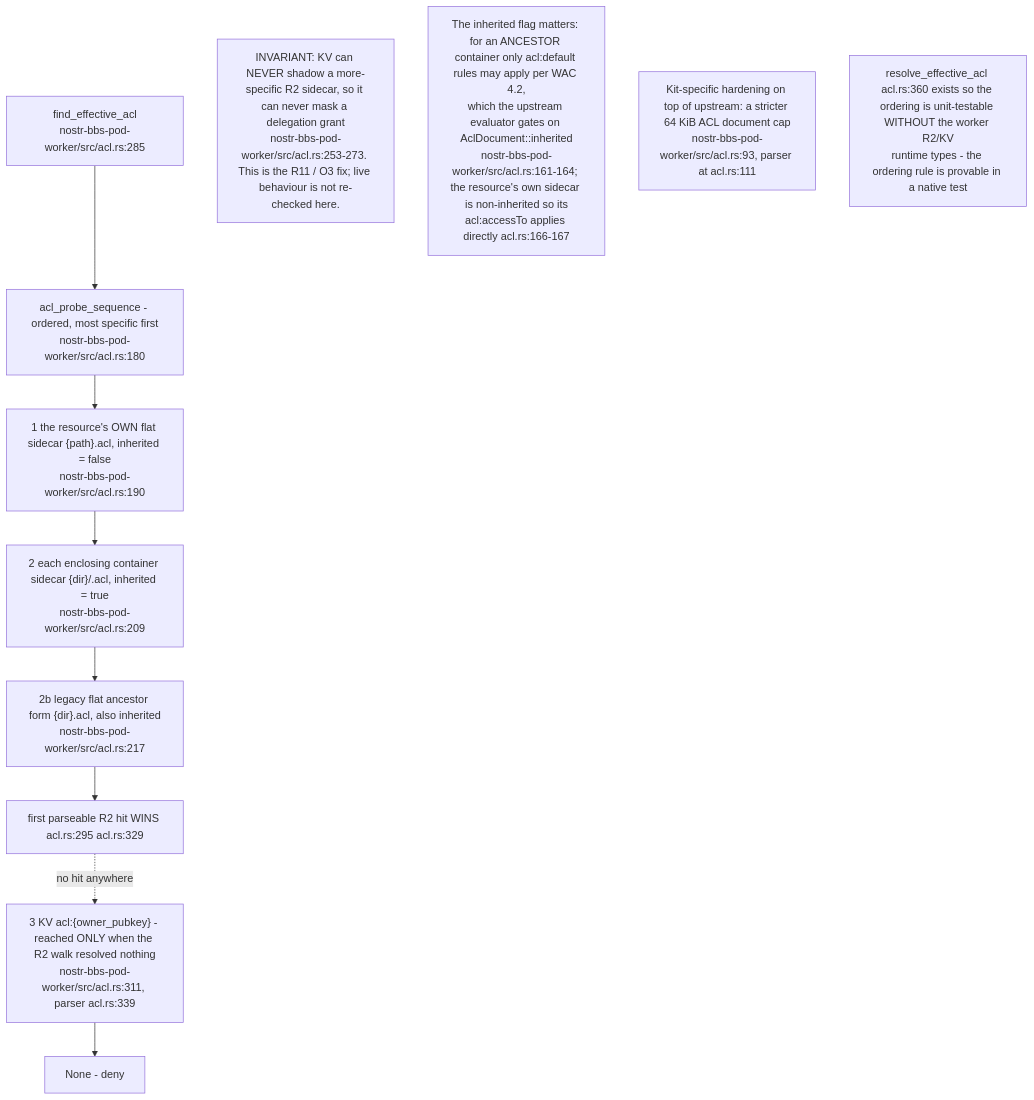
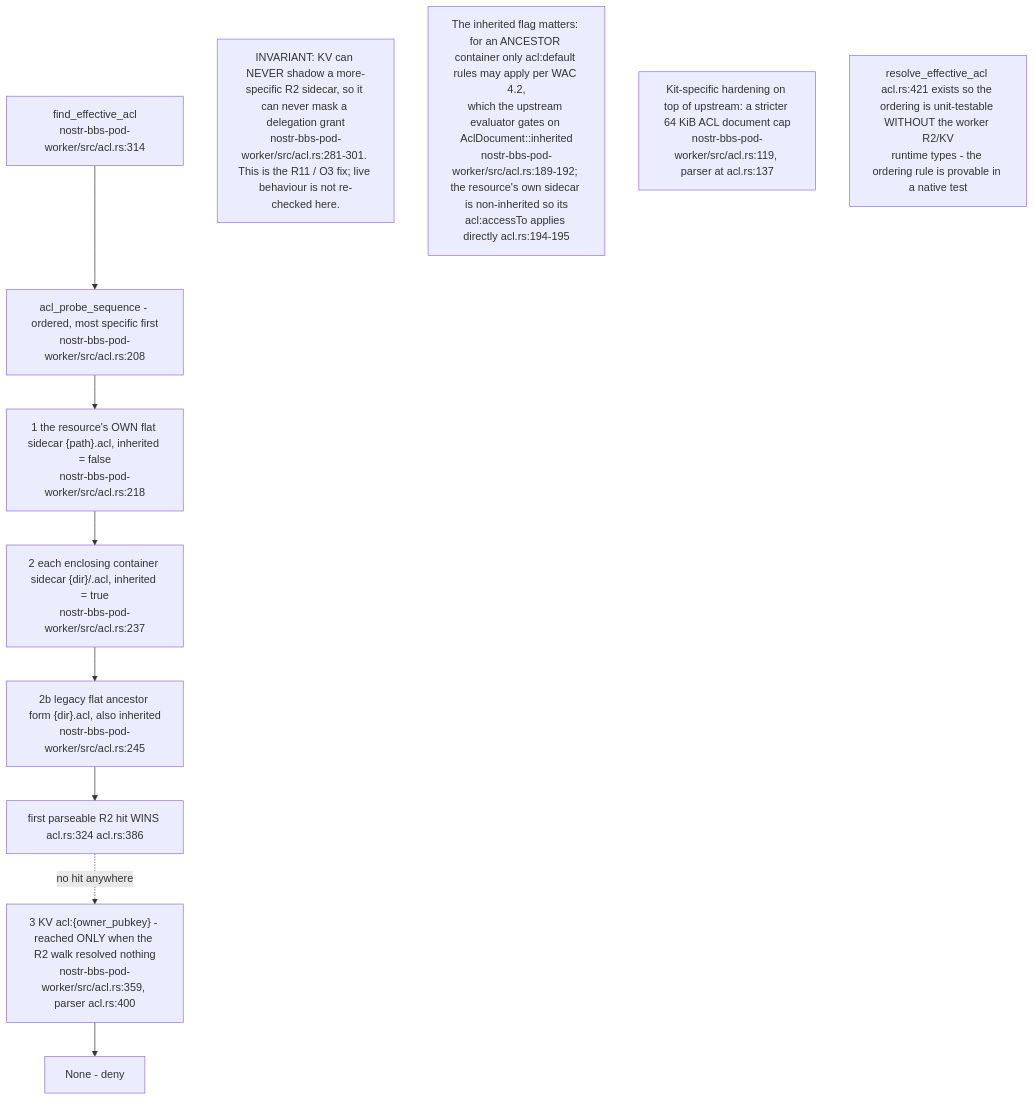
The fourth of 10 diagrams in docs/diagrams/nostr-rust-forum/04-pod-worker-ldp-wac-and-delegation.md (DreamLab-AI/VisionFlow), drawn with Mermaid before and after one commit. The commit also changed other lines of this file and 59 other files, not shown here.

First line of the commit message:
docs(diagrams): re-derive and re-stamp forum, website, pod, ontomark and sealmap topics

````diff
--- a/docs/diagrams/nostr-rust-forum/04-pod-worker-ldp-wac-and-delegation.md
+++ b/docs/diagrams/nostr-rust-forum/04-pod-worker-ldp-wac-and-delegation.md
@@ -138,19 +138,19 @@
 ```mermaid
 flowchart TB
-    START["find_effective_acl<br/>nostr-bbs-pod-worker/src/acl.rs:285"]
-    SEQ["acl_probe_sequence - ordered, most specific first<br/>nostr-bbs-pod-worker/src/acl.rs:180"]
-    OWN["1 the resource's OWN flat sidecar {path}.acl, inherited = false<br/>nostr-bbs-pod-worker/src/acl.rs:190"]
-    CONT["2 each enclosing container sidecar {dir}/.acl, inherited = true<br/>nostr-bbs-pod-worker/src/acl.rs:209"]
-    LEG["2b legacy flat ancestor form {dir}.acl, also inherited<br/>nostr-bbs-pod-worker/src/acl.rs:217"]
-    HIT["first parseable R2 hit WINS acl.rs:295 acl.rs:329"]
-    KV["3 KV acl:{owner_pubkey} - reached ONLY when the R2 walk resolved nothing<br/>nostr-bbs-pod-worker/src/acl.rs:311, parser acl.rs:339"]
+    START["find_effective_acl<br/>nostr-bbs-pod-worker/src/acl.rs:314"]
+    SEQ["acl_probe_sequence - ordered, most specific first<br/>nostr-bbs-pod-worker/src/acl.rs:208"]
+    OWN["1 the resource's OWN flat sidecar {path}.acl, inherited = false<br/>nostr-bbs-pod-worker/src/acl.rs:218"]
+    CONT["2 each enclosing container sidecar {dir}/.acl, inherited = true<br/>nostr-bbs-pod-worker/src/acl.rs:237"]
+    LEG["2b legacy flat ancestor form {dir}.acl, also inherited<br/>nostr-bbs-pod-worker/src/acl.rs:245"]
+    HIT["first parseable R2 hit WINS acl.rs:324 acl.rs:386"]
+    KV["3 KV acl:{owner_pubkey} - reached ONLY when the R2 walk resolved nothing<br/>nostr-bbs-pod-worker/src/acl.rs:359, parser acl.rs:400"]
     NONE["None - deny"]
 
     START --> SEQ --> OWN --> CONT --> LEG --> HIT
     HIT -.->|"no hit anywhere"| KV --> NONE
 
-    N1["INVARIANT: KV can NEVER shadow a more-specific R2 sidecar, so it can never mask a delegation grant<br/>nostr-bbs-pod-worker/src/acl.rs:253-273. This is the R11 / O3 fix; live behaviour is not re-checked here."]
-    N2["The inherited flag matters: for an ANCESTOR container only acl:default rules may apply per WAC 4.2,<br/>which the upstream evaluator gates on AclDocument::inherited<br/>nostr-bbs-pod-worker/src/acl.rs:161-164; the resource's own sidecar is non-inherited so its<br/>acl:accessTo applies directly acl.rs:166-167"]
-    N3["Kit-specific hardening on top of upstream: a stricter 64 KiB ACL document cap<br/>nostr-bbs-pod-worker/src/acl.rs:93, parser at acl.rs:111"]
-    N4["resolve_effective_acl acl.rs:360 exists so the ordering is unit-testable WITHOUT the worker R2/KV<br/>runtime types - the ordering rule is provable in a native test"]
+    N1["INVARIANT: KV can NEVER shadow a more-specific R2 sidecar, so it can never mask a delegation grant<br/>nostr-bbs-pod-worker/src/acl.rs:281-301. This is the R11 / O3 fix; live behaviour is not re-checked here."]
+    N2["The inherited flag matters: for an ANCESTOR container only acl:default rules may apply per WAC 4.2,<br/>which the upstream evaluator gates on AclDocument::inherited<br/>nostr-bbs-pod-worker/src/acl.rs:189-192; the resource's own sidecar is non-inherited so its<br/>acl:accessTo applies directly acl.rs:194-195"]
+    N3["Kit-specific hardening on top of upstream: a stricter 64 KiB ACL document cap<br/>nostr-bbs-pod-worker/src/acl.rs:119, parser at acl.rs:137"]
+    N4["resolve_effective_acl acl.rs:421 exists so the ordering is unit-testable WITHOUT the worker R2/KV<br/>runtime types - the ordering rule is provable in a native test"]
 ```
````
